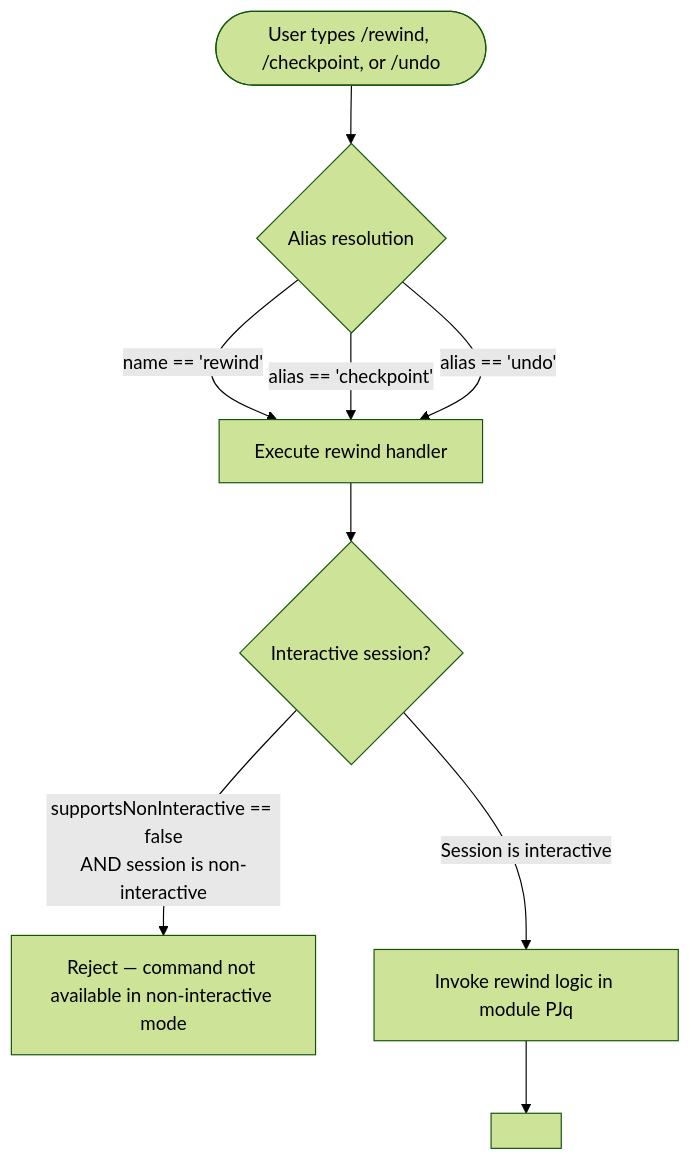
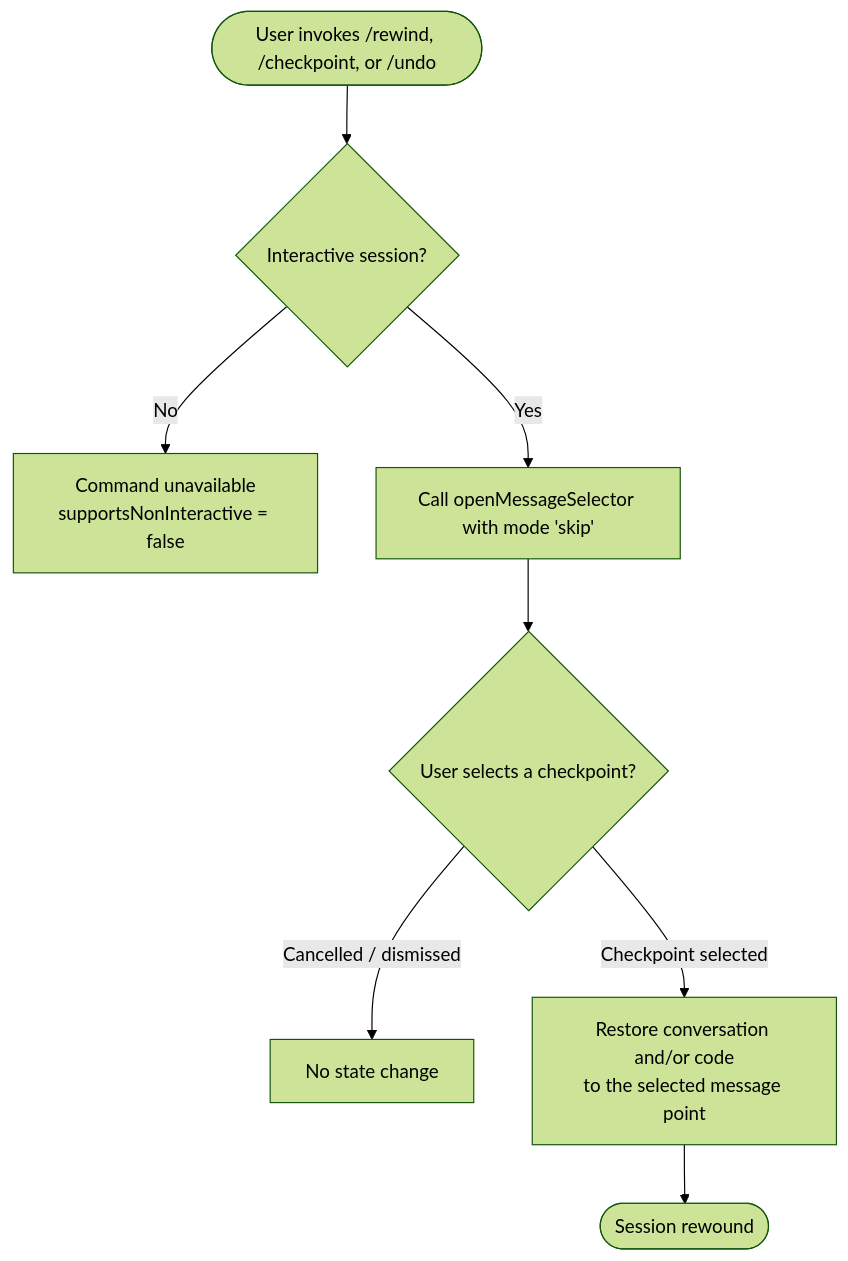
The diagram in versions/v2.1.139/rewind.md (MyLittleLuckyDog/cc-gnothi), drawn with Mermaid (forest theme) before and after one commit. The commit also changed other lines of this file and 97 other files, not shown here.

````diff
--- a/versions/v2.1.139/rewind.md
+++ b/versions/v2.1.139/rewind.md
@@ -48,11 +57,10 @@
 ```mermaid
 flowchart TD
-    A([User types /rewind, /checkpoint, or /undo]) --> B{Alias resolution}
-    B -->|"name == 'rewind'"| C[Execute rewind handler]
-    B -->|"alias == 'checkpoint'"| C
-    B -->|"alias == 'undo'"| C
-    C --> D{Interactive session?}
-    D -->|"supportsNonInteractive == false\nAND session is non-interactive"| E[Reject — command not available in non-interactive mode]
-    D -->|Session is interactive| F[Invoke rewind logic in module PJq]
-    F --> G[<!-- TODO: not found in depth-2 traversal; needs --depth 4 -->]
+    A([User invokes /rewind, /checkpoint, or /undo]) --> B{Interactive session?}
+    B -- No --> C[Command unavailable\nsupportsNonInteractive = false]
+    B -- Yes --> D[Call openMessageSelector with mode 'skip']
+    D --> E{User selects a checkpoint?}
+    E -- Cancelled / dismissed --> F[No state change]
+    E -- Checkpoint selected --> G[Restore conversation and/or code\nto the selected message point]
+    G --> H([Session rewound])
 ```
````
